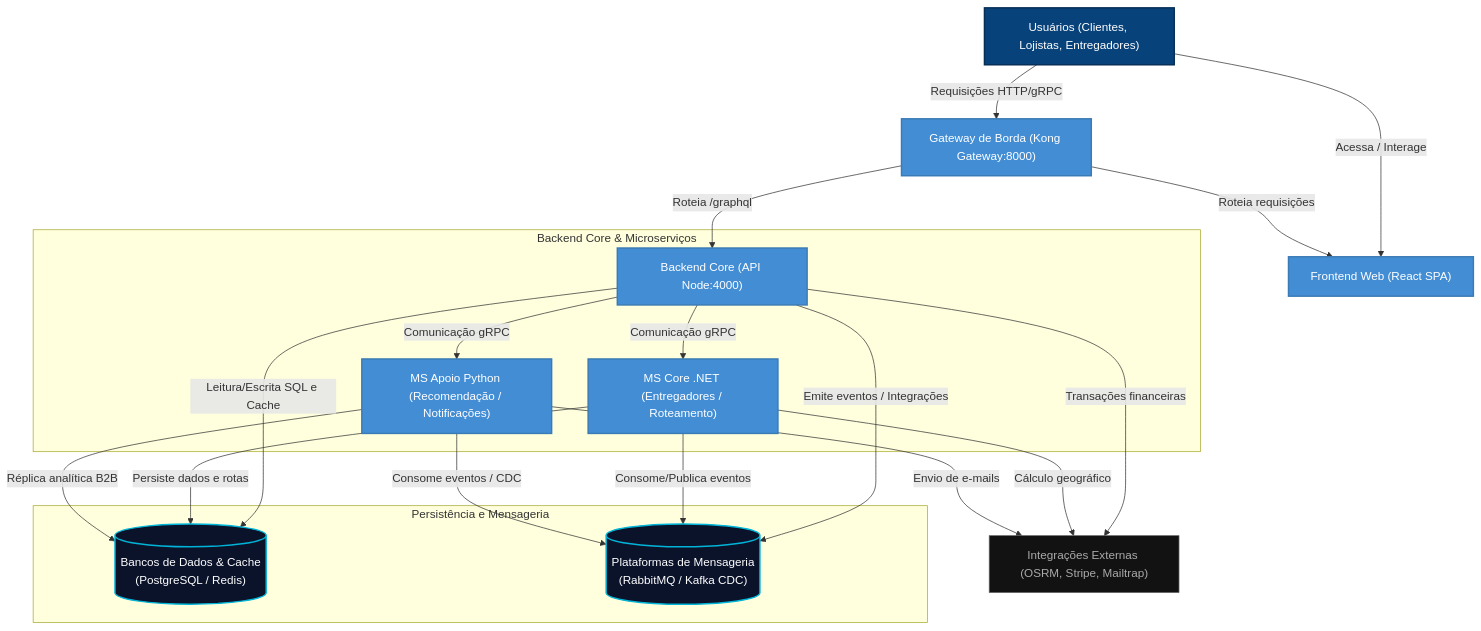
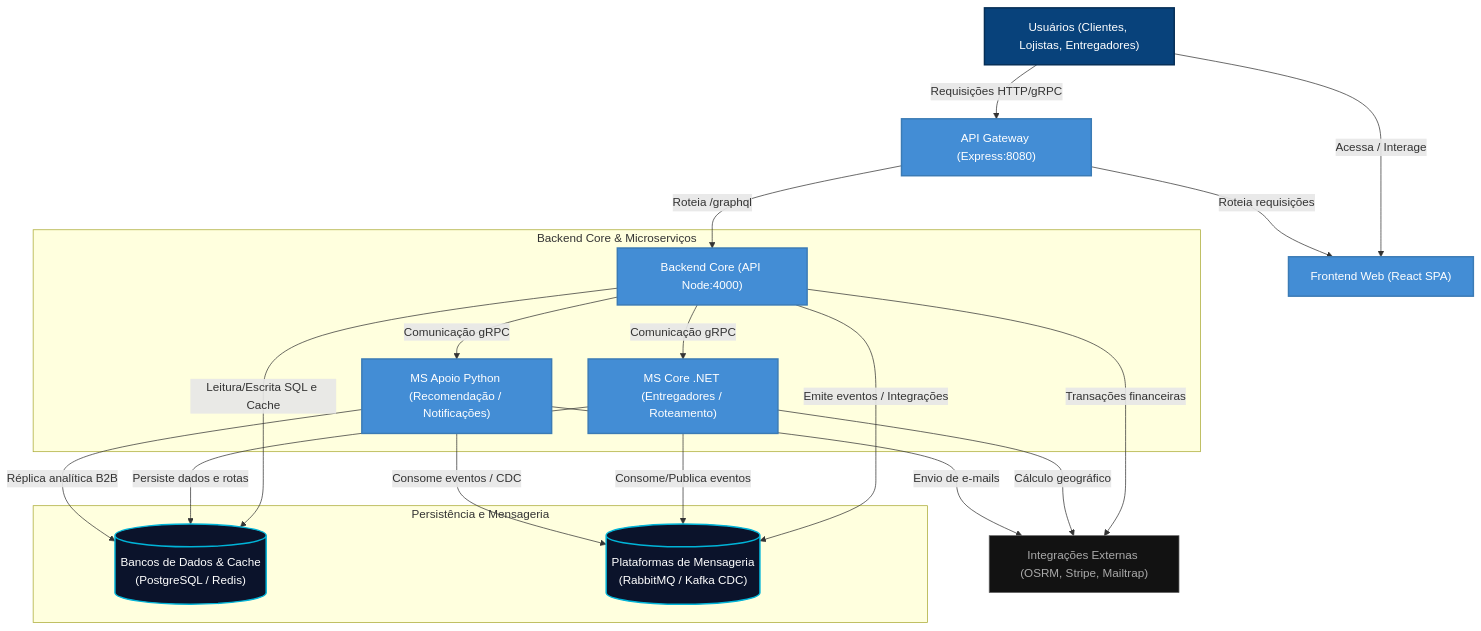
One commit to arthurair3s/arquitetura-de-software changed the second of 3 diagrams in README.md. Above: the diagram before and after it, drawn with Mermaid. The commit also changed other lines of this file, not shown here.

Commit message:
docs: update root README to mirror C4 diagram gateway changes (Kong -> Express Gateway)

````diff
--- a/README.md
+++ b/README.md
@@ -34,46 +34,46 @@
 ```mermaid
 graph TD
     %% Styling
     classDef client fill:#08427b,stroke:#052e56,stroke-width:2px,color:#fff;
     classDef container fill:#438dd5,stroke:#3b7bb5,stroke-width:2px,color:#fff;
     classDef db fill:#0b132b,stroke:#00b4d8,stroke-width:2px,color:#fff;
     classDef broker fill:#2d1a12,stroke:#f8961e,stroke-width:2px,color:#fff;
     classDef ext fill:#121212,stroke:#666,stroke-width:1px,color:#aaa;
 
     cliente["Usuários (Clientes, Lojistas, Entregadores)"]:::client
-    gateway["Gateway de Borda (Kong Gateway:8000)"]:::container
+    gateway["API Gateway (Express:8080)"]:::container
     frontend["Frontend Web (React SPA)"]:::container
 
     subgraph "Backend Core & Microserviços"
         api_node["Backend Core (API Node:4000)"]:::container
         ms_dotnet["MS Core .NET (Entregadores / Roteamento)"]:::container
         ms_python["MS Apoio Python (Recomendação / Notificações)"]:::container
     end
 
     subgraph "Persistência e Mensageria"
         databases[("Bancos de Dados & Cache<br>(PostgreSQL / Redis)")]:::db
         messaging[("Plataformas de Mensageria<br>(RabbitMQ / Kafka CDC)")]:::db
     end
 
     ext["Integrações Externas (OSRM, Stripe, Mailtrap)"]:::ext
 
     %% Flows
     cliente -->|Acessa / Interage| frontend
     cliente -->|Requisições HTTP/gRPC| gateway
     gateway -->|Roteia requisições| frontend
     gateway -->|Roteia /graphql| api_node
 
     api_node -->|Comunicação gRPC| ms_dotnet
     api_node -->|Comunicação gRPC| ms_python
     api_node -->|Leitura/Escrita SQL e Cache| databases
     api_node -->|Emite eventos / Integrações| messaging
     api_node -->|Transações financeiras| ext
 
     ms_dotnet -->|Persiste dados e rotas| databases
     ms_dotnet -->|Consome/Publica eventos| messaging
     ms_dotnet -->|Cálculo geográfico| ext
 
     ms_python -->|Réplica analítica B2B| databases
     ms_python -->|Consome eventos / CDC| messaging
     ms_python -->|Envio de e-mails| ext
 ```
````
